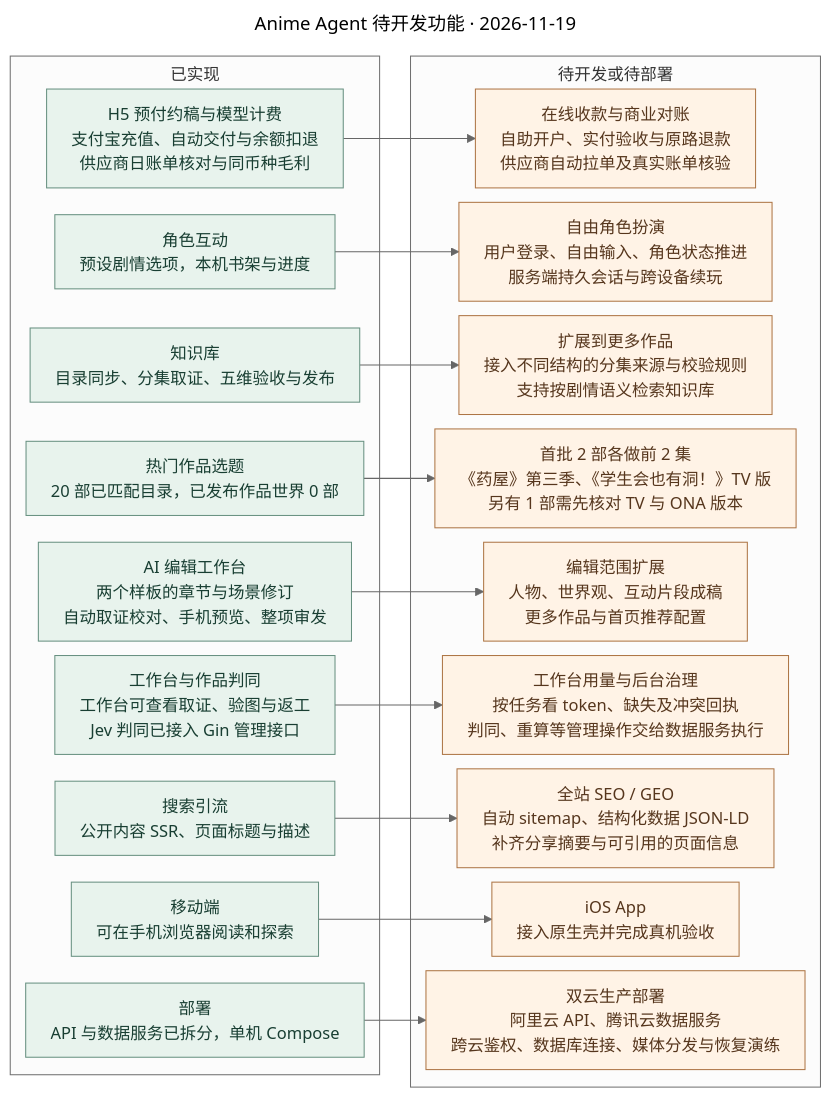
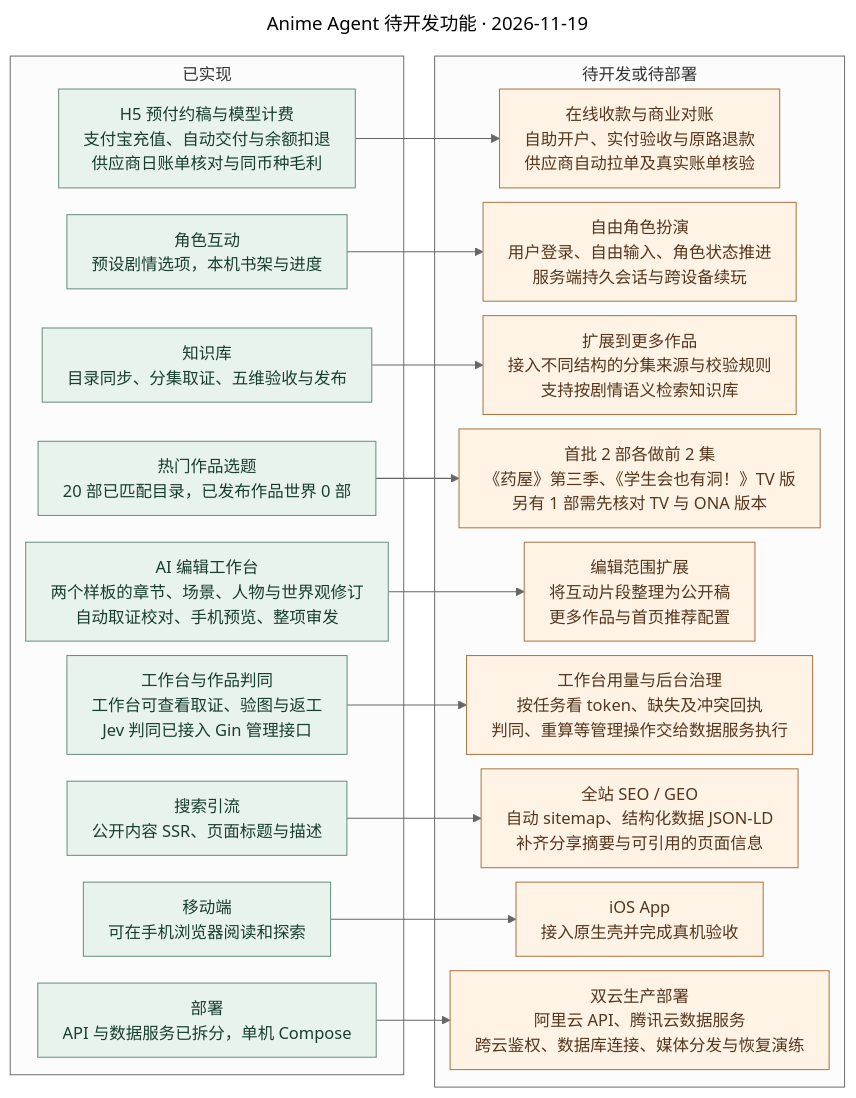
Before and after one commit to bluedao10000/player: the diagram in docs/diagrams/backlog.mmd, drawn with Mermaid (neutral theme). The commit also changed 27 other files, not shown here.

```diff
--- a/docs/diagrams/backlog.mmd
+++ b/docs/diagrams/backlog.mmd
@@ -1,67 +1,67 @@
 ---
 title: Anime Agent 待开发功能 · 2026-11-19
 config:
   flowchart:
     wrappingWidth: 410
     nodeSpacing: 14
     rankSpacing: 30
     padding: 12
     subGraphTitleMargin:
       top: 5
       bottom: 10
 ---
-%% 2026-11-19 · main，以 9f4a937 后的编辑工作台工作树及本地作品目录为基线。各行独立，箭头连接已有能力及其缺口。
+%% 2026-11-19 · main，以 bfabb4d 后的人物与世界观工作树及本地作品目录为基线。各行独立，箭头连接已有能力及其缺口。
 flowchart LR
     subgraph current["已实现"]
         metering["H5 预付约稿与模型计费<br/>支付宝充值、自动交付与余额扣退<br/>供应商日账单核对与同币种毛利"]
         play["角色互动<br/>预设剧情选项，本机书架与进度"]
         kb["知识库<br/>目录同步、分集取证、五维验收与发布"]
         picks["热门作品选题<br/>20 部已匹配目录，已发布作品世界 0 部"]
-        edit["AI 编辑工作台<br/>两个样板的章节与场景修订<br/>自动取证校对、手机预览、整项审发"]
+        edit["AI 编辑工作台<br/>两个样板的章节、场景、人物与世界观修订<br/>自动取证校对、手机预览、整项审发"]
         desk["工作台与作品判同<br/>工作台可查看取证、验图与返工<br/>Jev 判同已接入 Gin 管理接口"]
         seo["搜索引流<br/>公开内容 SSR、页面标题与描述"]
         app["移动端<br/>可在手机浏览器阅读和探索"]
         ops["部署<br/>API 与数据服务已拆分，单机 Compose"]
     end
     subgraph remaining["待开发或待部署"]
         bill["在线收款与商业对账<br/>自助开户、实付验收与原路退款<br/>供应商自动拉单及真实账单核验"]
         rp["自由角色扮演<br/>用户登录、自由输入、角色状态推进<br/>服务端持久会话与跨设备续玩"]
         expand["扩展到更多作品<br/>接入不同结构的分集来源与校验规则<br/>支持按剧情语义检索知识库"]
         pilot["首批 2 部各做前 2 集<br/>《药屋》第三季、《学生会也有洞！》TV 版<br/>另有 1 部需先核对 TV 与 ONA 版本"]
-        cms["编辑范围扩展<br/>人物、世界观、互动片段成稿<br/>更多作品与首页推荐配置"]
+        cms["编辑范围扩展<br/>将互动片段整理为公开稿<br/>更多作品与首页推荐配置"]
         console["工作台用量与后台治理<br/>按任务看 token、缺失及冲突回执<br/>判同、重算等管理操作交给数据服务执行"]
         growth["全站 SEO / GEO<br/>自动 sitemap、结构化数据 JSON-LD<br/>补齐分享摘要与可引用的页面信息"]
         ios["iOS App<br/>接入原生壳并完成真机验收"]
         cloud["双云生产部署<br/>阿里云 API、腾讯云数据服务<br/>跨云鉴权、数据库连接、媒体分发与恢复演练"]
     end
     metering --> bill
     play --> rp
     kb --> expand
     picks --> pilot
     edit --> cms
     desk --> console
     seo --> growth
     app --> ios
     ops --> cloud
     classDef done fill:#e8f3ed,stroke:#679080,color:#183e32;
     classDef todo fill:#fff3e6,stroke:#ad7545,color:#56361d;
     class metering,play,kb,picks,edit,desk,seo,app,ops done
     class bill,rp,expand,pilot,cms,console,growth,ios,cloud todo
 %% metering | 私有试稿订单锁定零售价，交付后按去重回执扣款，支持退款与供应商日账单对账。 | apps/api/internal/billing/api.go
 %% bill | 接入自助开户并完成支付宝实付验收与原路退款，将供应商自动拉单与真实合同费率校验接入现有账本。 | docs/模型用量与计费.md
 %% play | RoleplayComposer 从预设 options 选择下一步；原创故事的书架与进度保存在本机。 | apps/web/src/features/post/roleplay-controls.tsx
 %% rp | 当前 Pi 的持久任务服务于内容生产；面向读者的自由输入、服务端多轮会话、跨端身份与进度仍待接通。 | docs/产品架构.md
 %% kb | 数据服务按配置登记分集、调度取证与素材处理，验收后冻结已完成范围。 | apps/api/cmd/knowledge-sync/main.go
 %% expand | episodeSources 依赖 Naruto 官网页面结构及维基分集表；目录 API 按标题与别名查作品，接入另一种来源和剧情向量检索仍需开发。 | apps/agent/src/episode-plan.ts
 %% picks | 热度榜 20 项按 Bangumi ID 命中本地目录，其中 19 项符合现有 TV 与年份校验。 | docs/热门作品建库计划-2026-11-19.md
 %% pilot | 计划先验证续季集号与集内短篇，四集验收后用真实模型回执核算成本。《黑暗召唤师在地下恋爱中》的 TV/ONA 归属待核。 | docs/热门作品建库计划-2026-11-19.md
-%% edit | 审稿人提交一句话，在同一任务对照来源、手机预览并批准发布章节和场景。 | apps/web/src/features/workbench/editor-desk.tsx
-%% cms | 已跑通两个章节的修订；人物、世界观、互动片段与首页推荐仍待开发。 | docs/产品架构.md
+%% edit | 审稿人提交一句话，在同一任务对照来源、手机预览并按任务发布章节、场景、人物介绍或世界观。 | apps/web/src/features/workbench/editor-desk.tsx
+%% cms | 两个样板已支持人物与世界观修订；更多作品、互动片段与首页推荐待开发。 | docs/产品架构.md
 %% desk | 工作台 feed 汇集同步、质检、作品、研究、图片与范围记录，暂未消费管理端用量接口。 | apps/web/src/features/workbench/feed.ts
 %% console | 当前由已授权的 Gin 请求触发判同、部分质检和重算；跨云时数据服务需要异步命令和结果协议。 | apps/api/internal/knowledge/curation.go
 %% seo | H5 内容可 SSR，若干路由已有 head 元信息。 | apps/web/src/routes
 %% growth | 补齐可索引公开内容的 sitemap、统一结构化数据与传播摘要；索引和引用由搜索平台决定。 | docs/功能地图.md
 %% app | 角色、阅读、互动与书架路由已经支持移动 H5。 | apps/web/src/features/post
 %% ios | iOS 包装与真机交付待实施。 | docs/产品架构.md
 %% ops | Compose 已拆出 api、sync、research-agent，运行时仍使用本机卷。 | compose.yaml
 %% cloud | 双云为目标部署，还需跨云连通、服务身份、媒体可达、备份恢复和生产发布。 | docs/部署架构.md
```
